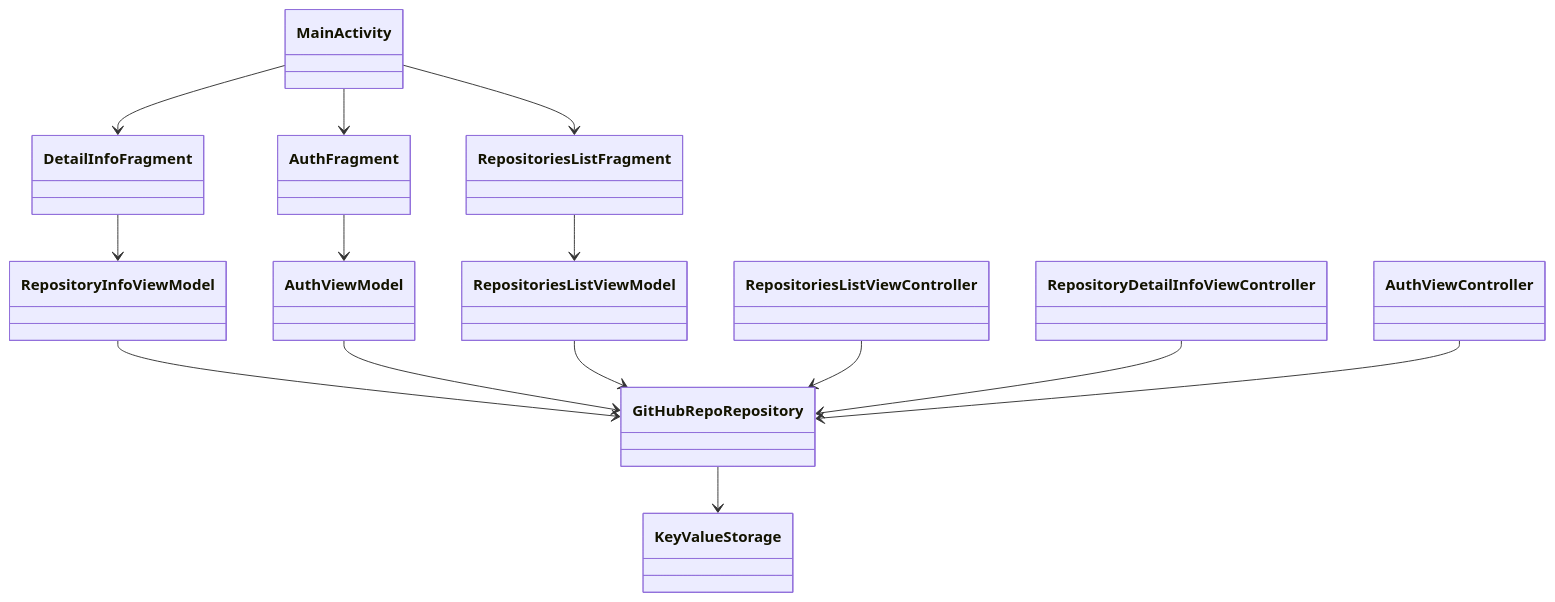
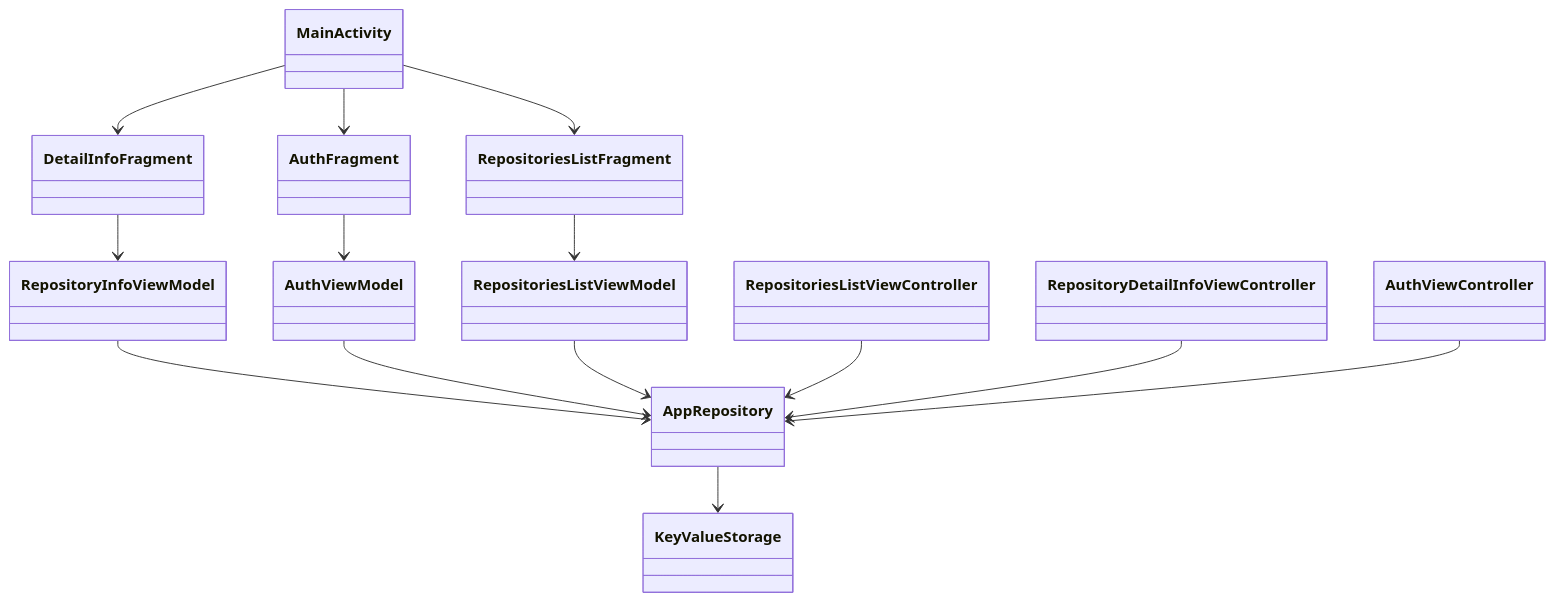
Before and after one commit to icerockdev/kmm.icerock.dev: the diagram in university/3-kotlin-multiplatform-mobile/practice.md, drawn with Mermaid. The commit also changed other lines of this file and 2 other files, not shown here.

Commit message:
class diagrams fixes

````diff
--- a/university/3-kotlin-multiplatform-mobile/practice.md
+++ b/university/3-kotlin-multiplatform-mobile/practice.md
@@ -168,39 +172,39 @@
 ```mermaid
    classDiagram
    
-   class GitHubRepoRepository:::common
+   class AppRepository:::common
    class KeyValueStorage:::common
    
    class MainActivity:::android
    class AuthFragment:::android
    class RepositoriesListFragment:::android
    class DetailInfoFragment:::android
    
    class AuthViewModel:::android
    
    class RepositoryInfoViewModel:::android
    class RepositoriesListViewModel:::android
    class KeyValueStorage:::android
    
    MainActivity --> AuthFragment
    MainActivity --> RepositoriesListFragment
    MainActivity --> DetailInfoFragment
    
    AuthFragment --> AuthViewModel
    RepositoriesListFragment --> RepositoriesListViewModel
    DetailInfoFragment --> RepositoryInfoViewModel
    
-   RepositoryInfoViewModel --> GitHubRepoRepository
-   AuthViewModel --> GitHubRepoRepository
-   RepositoriesListViewModel --> GitHubRepoRepository
+   RepositoryInfoViewModel --> AppRepository
+   AuthViewModel --> AppRepository
+   RepositoriesListViewModel --> AppRepository
    
-   GitHubRepoRepository --> KeyValueStorage
+   AppRepository --> KeyValueStorage
    
    class RepositoriesListViewController:::ios
    class RepositoryDetailInfoViewController:::ios
    class AuthViewController:::ios
    
-   RepositoriesListViewController --> GitHubRepoRepository
-   RepositoryDetailInfoViewController --> GitHubRepoRepository
-   AuthViewController --> GitHubRepoRepository
+   RepositoriesListViewController --> AppRepository
+   RepositoryDetailInfoViewController --> AppRepository
+   AuthViewController --> AppRepository
 ```
````
